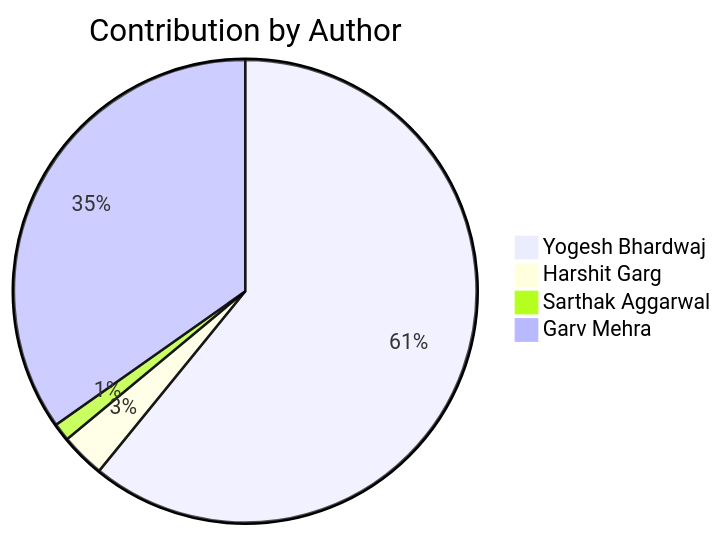
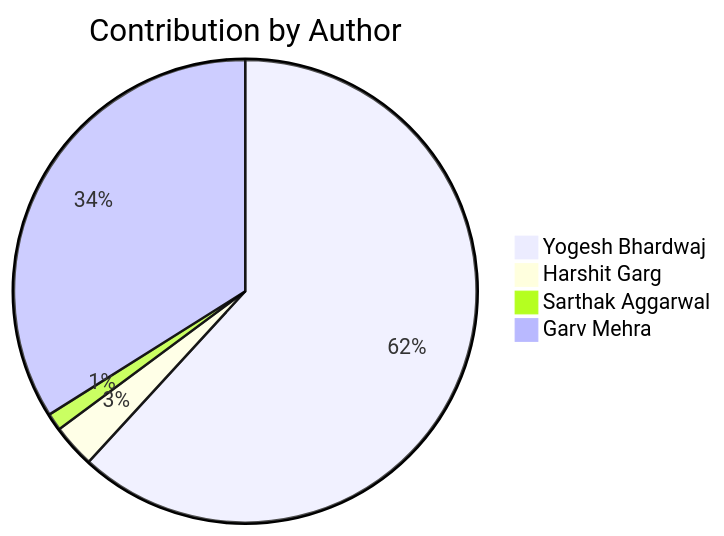
One commit to Yogesh-Bhardwaj-hue/Scm-Final_2.0 changed the second of 2 diagrams in README.md. Above: the diagram before and after it, drawn with Mermaid. The commit also changed other lines of this file, not shown here.

Commit message:
Update contribution charts

````diff
--- a/README.md
+++ b/README.md
@@ -192,7 +192,7 @@
 ```mermaid
 pie title Contribution by Author
-    "Yogesh Bhardwaj": 98
+    "Yogesh Bhardwaj": 102
     "Harshit Garg": 5
     "Sarthak Aggarwal": 2
     "Garv Mehra": 56
 ```
````
